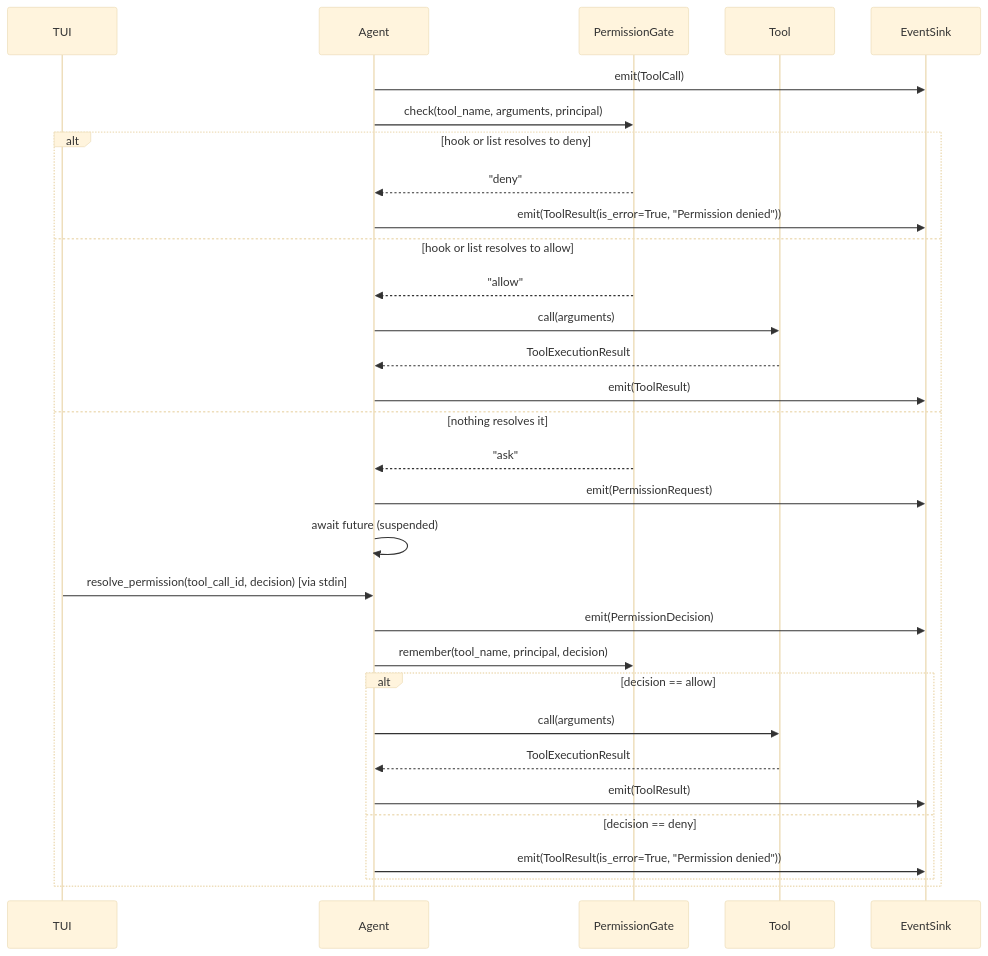
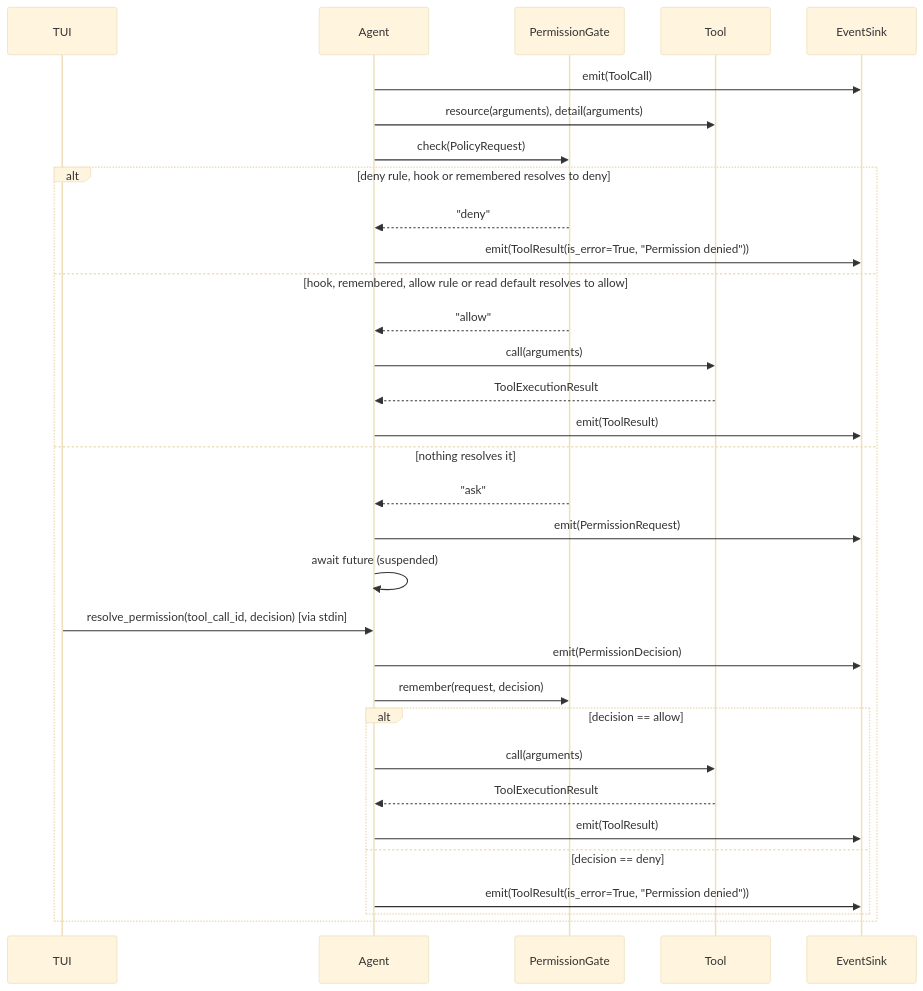
The diagram in docs/diagrams/permission-gate-sequence.md (markmansour/agent-saddlery), drawn with Mermaid (base theme) before and after one commit. The commit also changed other lines of this file and 4 other files, not shown here.

Commit message:
docs: permission policy — tools README, spec reconciliation, devlog

````diff
--- a/docs/diagrams/permission-gate-sequence.md
+++ b/docs/diagrams/permission-gate-sequence.md
@@ -8,34 +9,35 @@
 ```mermaid
 sequenceDiagram
     participant TUI
     participant Agent
     participant PermissionGate
     participant Tool
     participant EventSink
 
     Agent->>EventSink: emit(ToolCall)
-    Agent->>PermissionGate: check(tool_name, arguments, principal)
-    alt hook or list resolves to deny
+    Agent->>Tool: resource(arguments), detail(arguments)
+    Agent->>PermissionGate: check(PolicyRequest)
+    alt deny rule, hook or remembered resolves to deny
         PermissionGate-->>Agent: "deny"
         Agent->>EventSink: emit(ToolResult(is_error=True, "Permission denied"))
-    else hook or list resolves to allow
+    else hook, remembered, allow rule or read default resolves to allow
         PermissionGate-->>Agent: "allow"
         Agent->>Tool: call(arguments)
         Tool-->>Agent: ToolExecutionResult
         Agent->>EventSink: emit(ToolResult)
     else nothing resolves it
         PermissionGate-->>Agent: "ask"
         Agent->>EventSink: emit(PermissionRequest)
         Agent->>Agent: await future (suspended)
         TUI->>Agent: resolve_permission(tool_call_id, decision) [via stdin]
         Agent->>EventSink: emit(PermissionDecision)
-        Agent->>PermissionGate: remember(tool_name, principal, decision)
+        Agent->>PermissionGate: remember(request, decision)
         alt decision == allow
             Agent->>Tool: call(arguments)
             Tool-->>Agent: ToolExecutionResult
             Agent->>EventSink: emit(ToolResult)
         else decision == deny
             Agent->>EventSink: emit(ToolResult(is_error=True, "Permission denied"))
         end
     end
 ```
````
